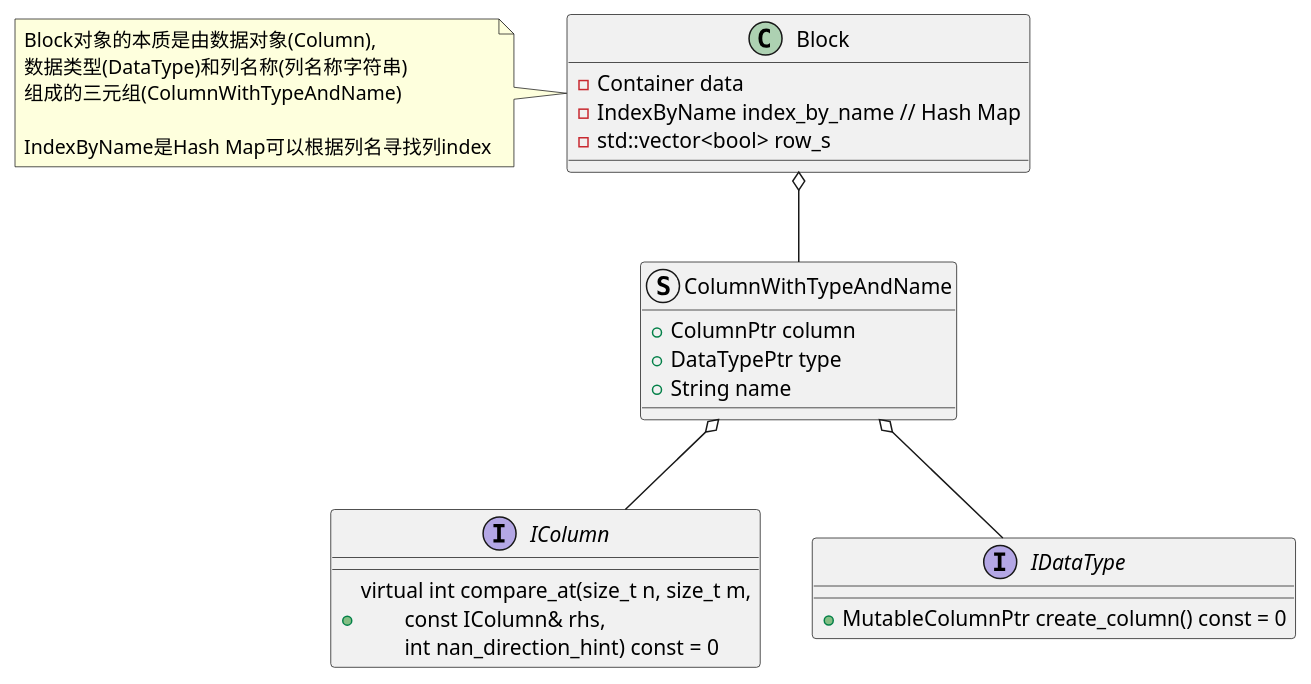
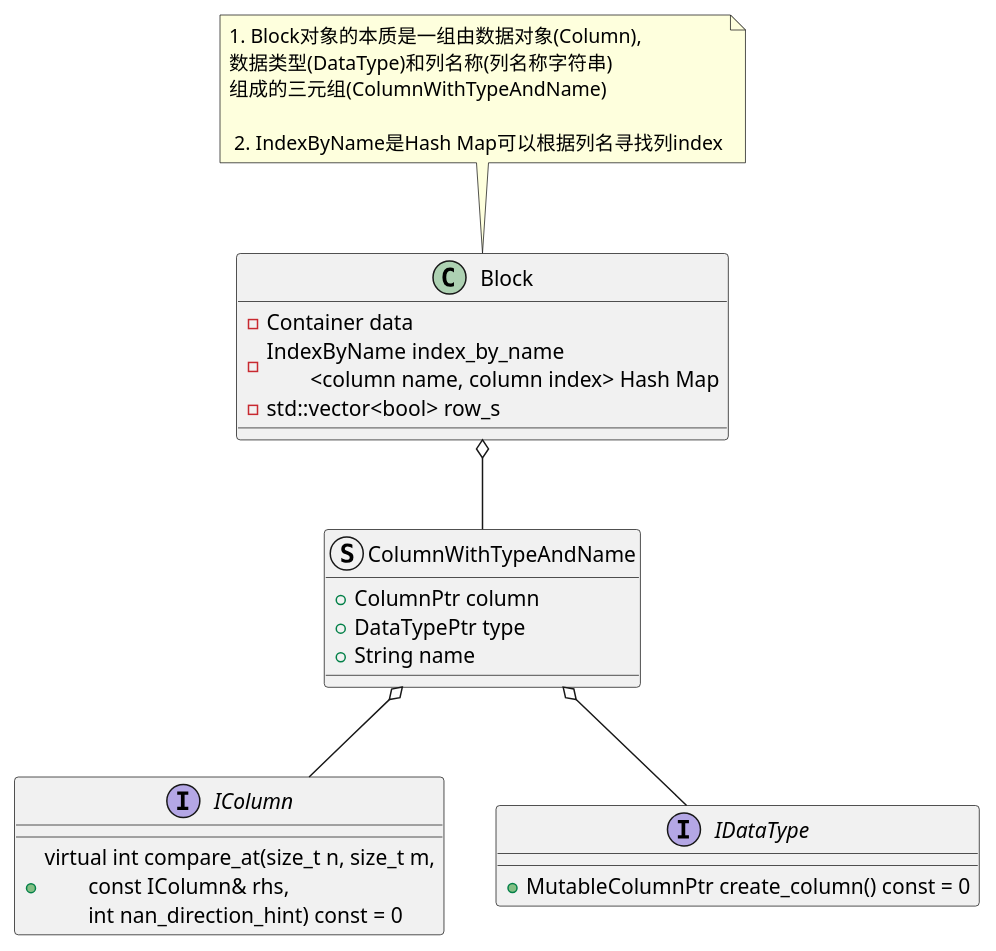
Before and after one commit to DepInjoy/geektime: the first of 3 diagrams in doc/DB/Doris/SourceRead/11_06_Exec_Block.md, drawn with PlantUML. The commit also changed other lines of this file and 2 other files, not shown here.

````diff
--- a/doc/DB/Doris/SourceRead/11_06_Exec_Block.md
+++ b/doc/DB/Doris/SourceRead/11_06_Exec_Block.md
@@ -8,28 +8,28 @@
 ```plantuml
 @startuml
 class Block {
     - Container data
-    - IndexByName index_by_name // Hash Map
+    - IndexByName index_by_name \n\t<column name, column index> Hash Map
     - std::vector<bool> row_s
 }
-note left : Block对象的本质是由数据对象(Column), \n数据类型(DataType)和列名称(列名称字符串)\n组成的三元组(ColumnWithTypeAndName)\n\nIndexByName是Hash Map可以根据列名寻找列index
+note top : 1. Block对象的本质是一组由数据对象(Column), \n数据类型(DataType)和列名称(列名称字符串)\n组成的三元组(ColumnWithTypeAndName)\n\n 2. IndexByName是Hash Map可以根据列名寻找列index
 
 struct ColumnWithTypeAndName {
     + ColumnPtr column
     + DataTypePtr type
     + String name
 }
 
 interface IColumn {
     + virtual int compare_at(size_t n, size_t m,\n\tconst IColumn& rhs,\n\tint nan_direction_hint) const = 0
 }
 
 interface IDataType {
     + MutableColumnPtr create_column() const = 0
 }
 
 ColumnWithTypeAndName -up-o Block
 IColumn -up-o ColumnWithTypeAndName
 IDataType -up-o ColumnWithTypeAndName
 @enduml
 ```
````
